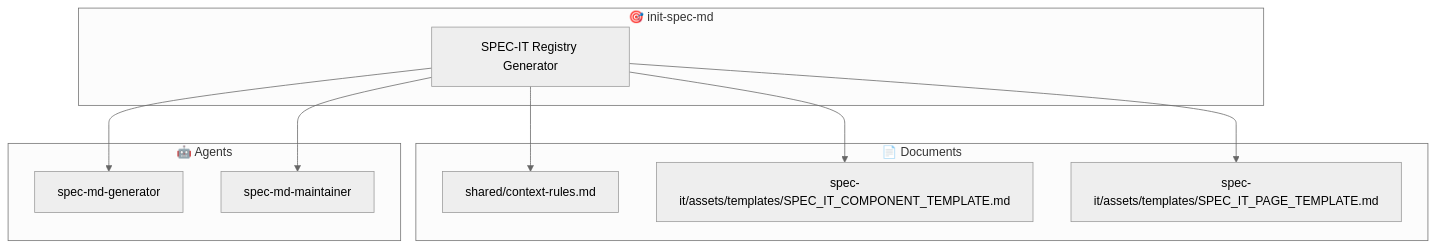
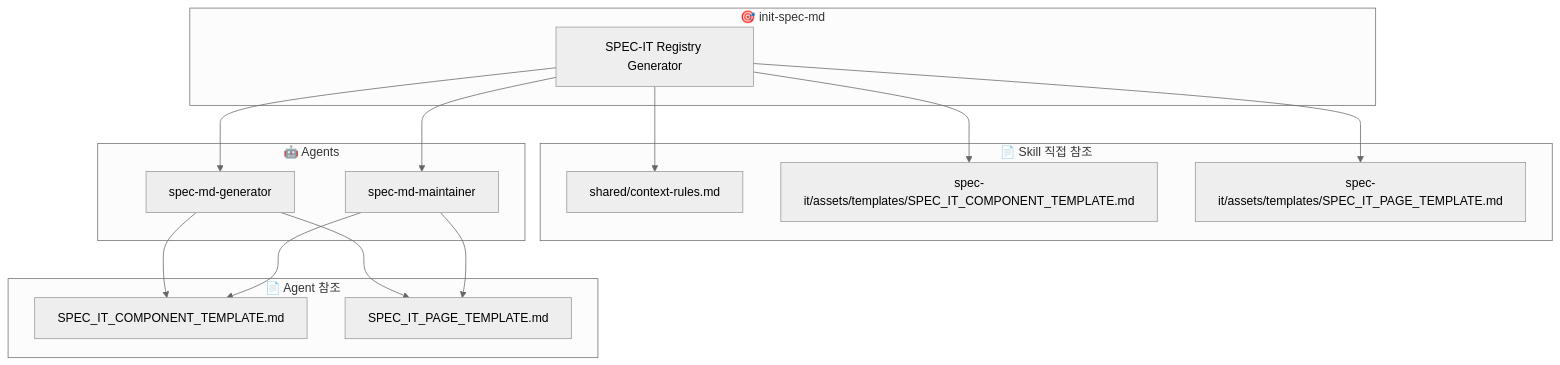
Before and after one commit to 30eggis/spec-it: the tenth of 14 diagrams in docs/SKILL_AGENT_REFERENCE_MAP.md, drawn with Mermaid (neutral theme). The commit also changed other lines of this file, not shown here.

First line of the commit message:
Update Skill/Agent reference map with full document chains

````diff
--- a/docs/SKILL_AGENT_REFERENCE_MAP.md
+++ b/docs/SKILL_AGENT_REFERENCE_MAP.md
@@ -379,23 +442,27 @@
 ```mermaid
 flowchart TB
-    subgraph skill_init["🎯 init-spec-md"]
+    subgraph SKILL["🎯 init-spec-md"]
         S1[SPEC-IT Registry Generator]
     end
 
-    subgraph docs_init["📄 Documents"]
-        D1[shared/context-rules.md]
-        D2[spec-it/assets/templates/SPEC_IT_COMPONENT_TEMPLATE.md]
-        D3[spec-it/assets/templates/SPEC_IT_PAGE_TEMPLATE.md]
+    subgraph SKILL_DOCS["📄 Skill 직접 참조"]
+        SD1[shared/context-rules.md]
+        SD2[spec-it/assets/templates/SPEC_IT_COMPONENT_TEMPLATE.md]
+        SD3[spec-it/assets/templates/SPEC_IT_PAGE_TEMPLATE.md]
     end
 
-    subgraph agents_init["🤖 Agents"]
+    subgraph AGENTS["🤖 Agents"]
         A1[spec-md-generator]
         A2[spec-md-maintainer]
     end
 
-    S1 --> D1
-    S1 --> D2
-    S1 --> D3
-    S1 --> A1
-    S1 --> A2
+    subgraph AGENT_DOCS["📄 Agent 참조"]
+        AD1[SPEC_IT_COMPONENT_TEMPLATE.md]
+        AD2[SPEC_IT_PAGE_TEMPLATE.md]
+    end
+
+    S1 --> SD1 & SD2 & SD3
+    S1 --> A1 & A2
+    A1 --> AD1 & AD2
+    A2 --> AD1 & AD2
 ```
````
